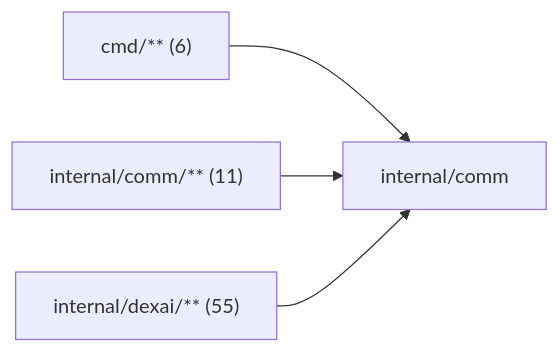
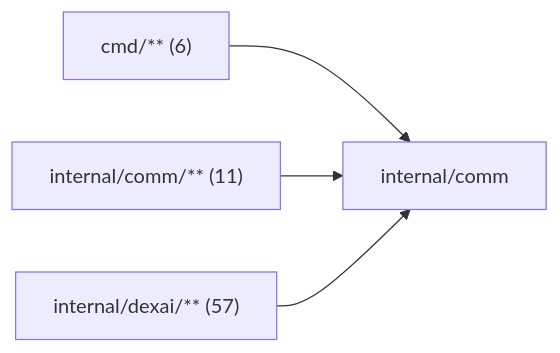
One commit to superdurable/superverse changed the diagram in internal/comm/README.md. Above: the diagram before and after it, drawn with Mermaid. The commit also changed other lines of this file and 37 other files, not shown here.

````diff
--- a/internal/comm/README.md
+++ b/internal/comm/README.md
@@ -10,7 +10,7 @@
 ```mermaid
 flowchart LR
   self["internal/comm"]
   c0["cmd/** (6)"] --> self
   c1["internal/comm/** (11)"] --> self
-  c2["internal/dexai/** (55)"] --> self
+  c2["internal/dexai/** (57)"] --> self
 ```
````
